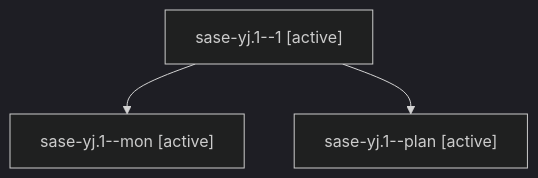
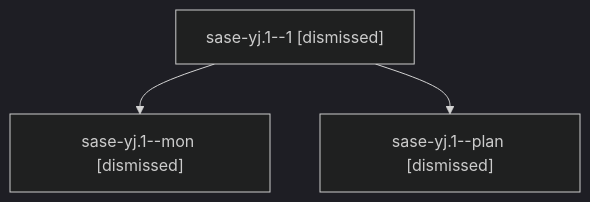
Before and after one commit to sase-org/sase--agents: the diagram in sessions/bbugyi200.athena.sase-yj.1.md, drawn with Mermaid (dark theme). The commit also changed other lines of this file and 141 other files, not shown here.

````diff
--- a/sessions/bbugyi200.athena.sase-yj.1.md
+++ b/sessions/bbugyi200.athena.sase-yj.1.md
@@ -9,8 +9,8 @@
 ```mermaid
 flowchart TD
-  n0["sase-yj.1--1 [active]"]
-  n1["sase-yj.1--mon [active]"]
+  n0["sase-yj.1--1 [dismissed]"]
+  n1["sase-yj.1--mon [dismissed]"]
   n0 --> n1
-  n2["sase-yj.1--plan [active]"]
+  n2["sase-yj.1--plan [dismissed]"]
   n0 --> n2
 ```
````
